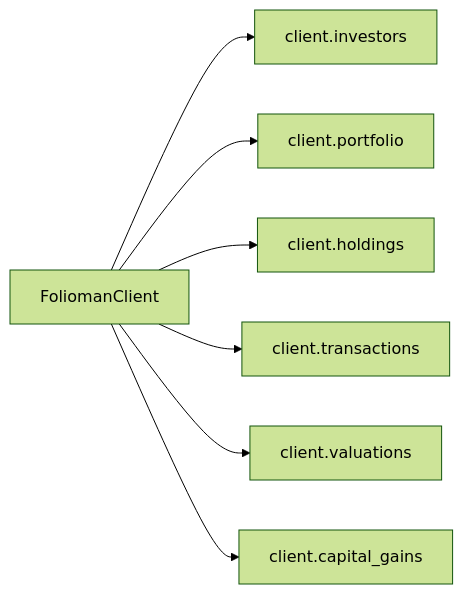
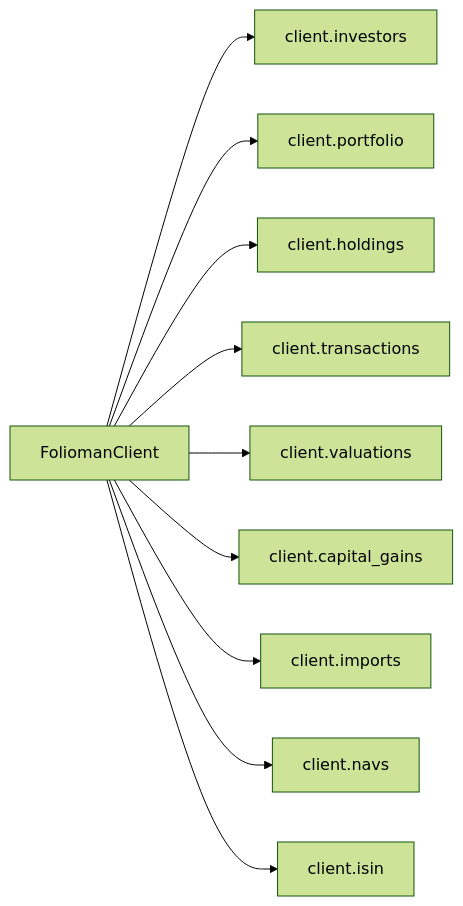
The diagram in docs/client.md (sid-146/folioman-client), drawn with Mermaid (forest theme) before and after one commit. The commit also changed other lines of this file and 10 other files, not shown here.

````diff
--- a/docs/client.md
+++ b/docs/client.md
@@ -94,10 +35,12 @@
 ```mermaid
 graph LR
-    Client[FoliomanClient]
-    Client --> Investors[client.investors]
-    Client --> Portfolio[client.portfolio]
-    Client --> Holdings[client.holdings]
-    Client --> Transactions[client.transactions]
-    Client --> Valuations[client.valuations]
-    Client --> CapitalGains[client.capital_gains]
+    Client[FoliomanClient] --> Inv[client.investors]
+    Client --> Port[client.portfolio]
+    Client --> Hold[client.holdings]
+    Client --> Txn[client.transactions]
+    Client --> Val[client.valuations]
+    Client --> CG[client.capital_gains]
+    Client --> Imp[client.imports]
+    Client --> Nav[client.navs]
+    Client --> ISIN[client.isin]
 ```
````
